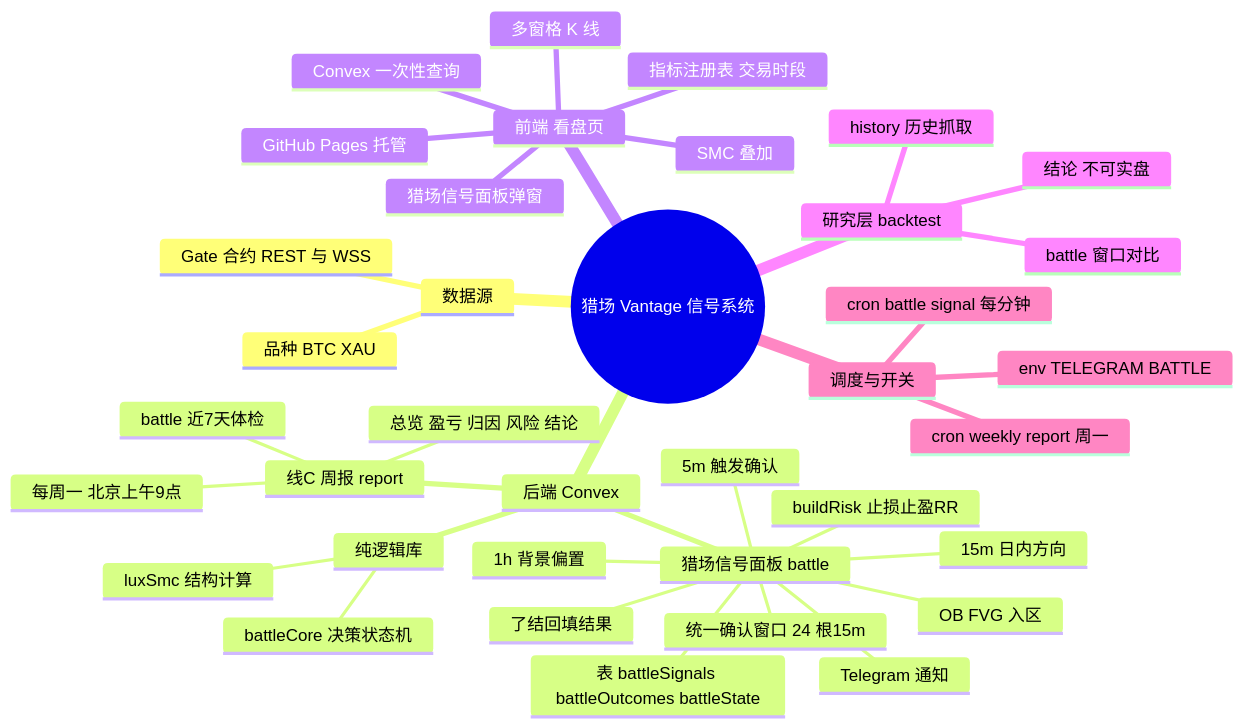
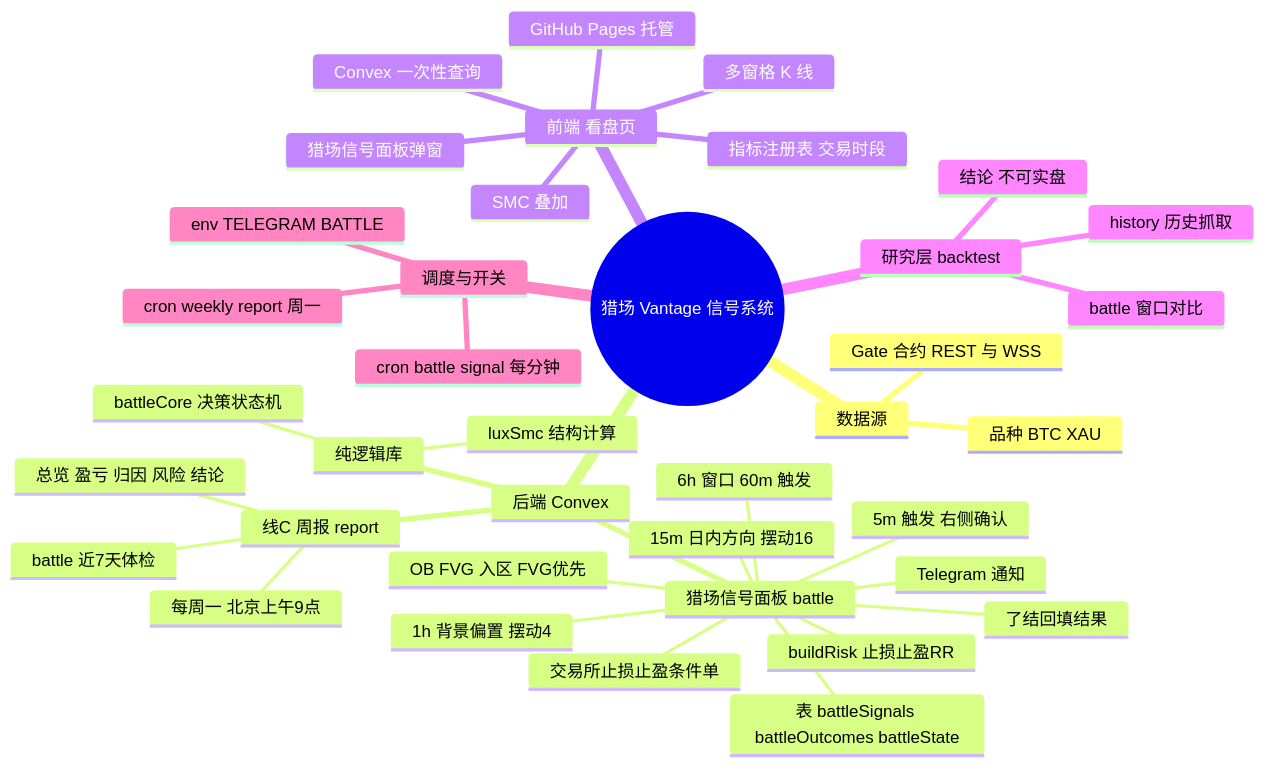
Before and after one commit to wond03/market-alert: the diagram in docs/business-logic/README.md, drawn with Mermaid. The commit also changed other lines of this file and 2 other files, not shown here.

````diff
--- a/docs/business-logic/README.md
+++ b/docs/business-logic/README.md
@@ -8,40 +8,41 @@
 ```mermaid
 mindmap
   root((猎场 Vantage 信号系统))
     数据源
       Gate 合约 REST 与 WSS
       品种 BTC XAU
     后端 Convex
       猎场信号面板 battle
-        1h 背景偏置
-        15m 日内方向
-        OB FVG 入区
-        统一确认窗口 24 根15m
-        5m 触发确认
+        1h 背景偏置 摆动4
+        15m 日内方向 摆动16
+        OB FVG 入区 FVG优先
+        6h 窗口 60m 触发
+        5m 触发 右侧确认
         buildRisk 止损止盈RR
+        交易所止损止盈条件单
         表 battleSignals battleOutcomes battleState
         了结回填结果
         Telegram 通知
       线C 周报 report
         每周一 北京上午9点
         battle 近7天体检
         总览 盈亏 归因 风险 结论
       纯逻辑库
         luxSmc 结构计算
         battleCore 决策状态机
     前端 看盘页
       多窗格 K 线
       SMC 叠加
       指标注册表 交易时段
       猎场信号面板弹窗
       Convex 一次性查询
       GitHub Pages 托管
     研究层 backtest
       battle 窗口对比
       history 历史抓取
       结论 不可实盘
     调度与开关
       cron battle signal 每分钟
       cron weekly report 周一
       env TELEGRAM BATTLE
 ```
````
